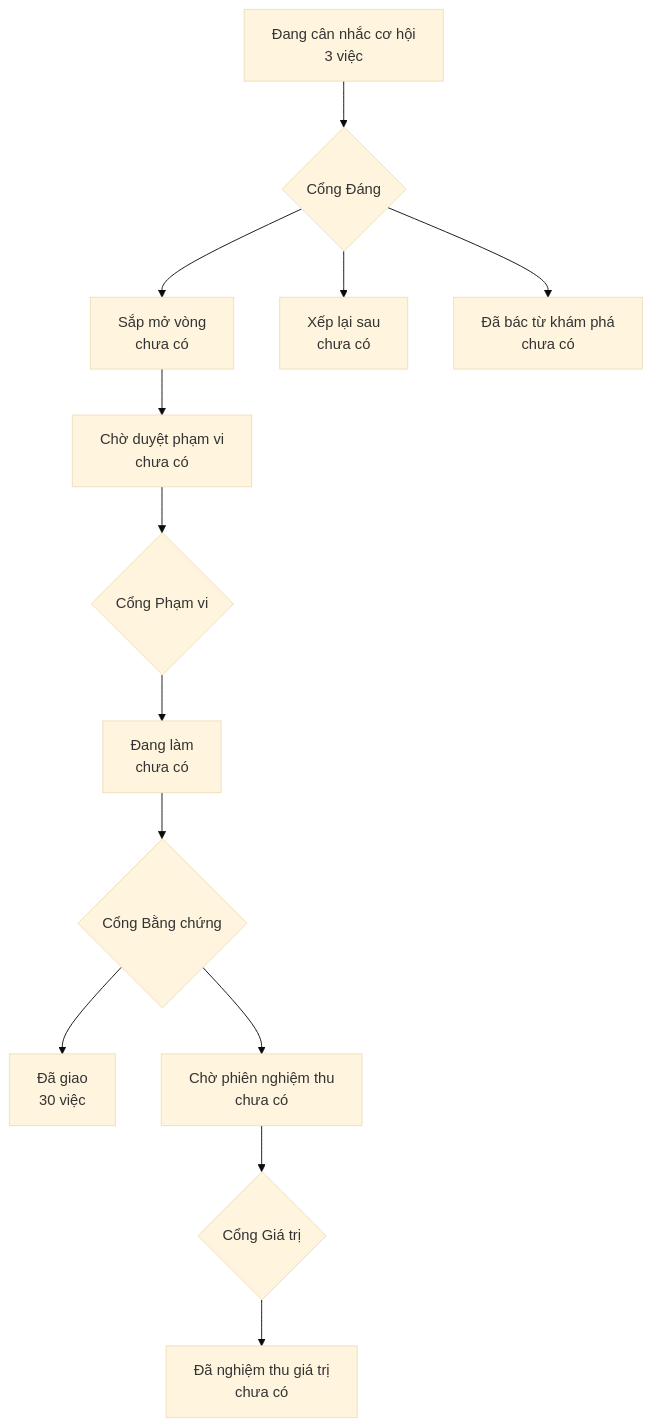
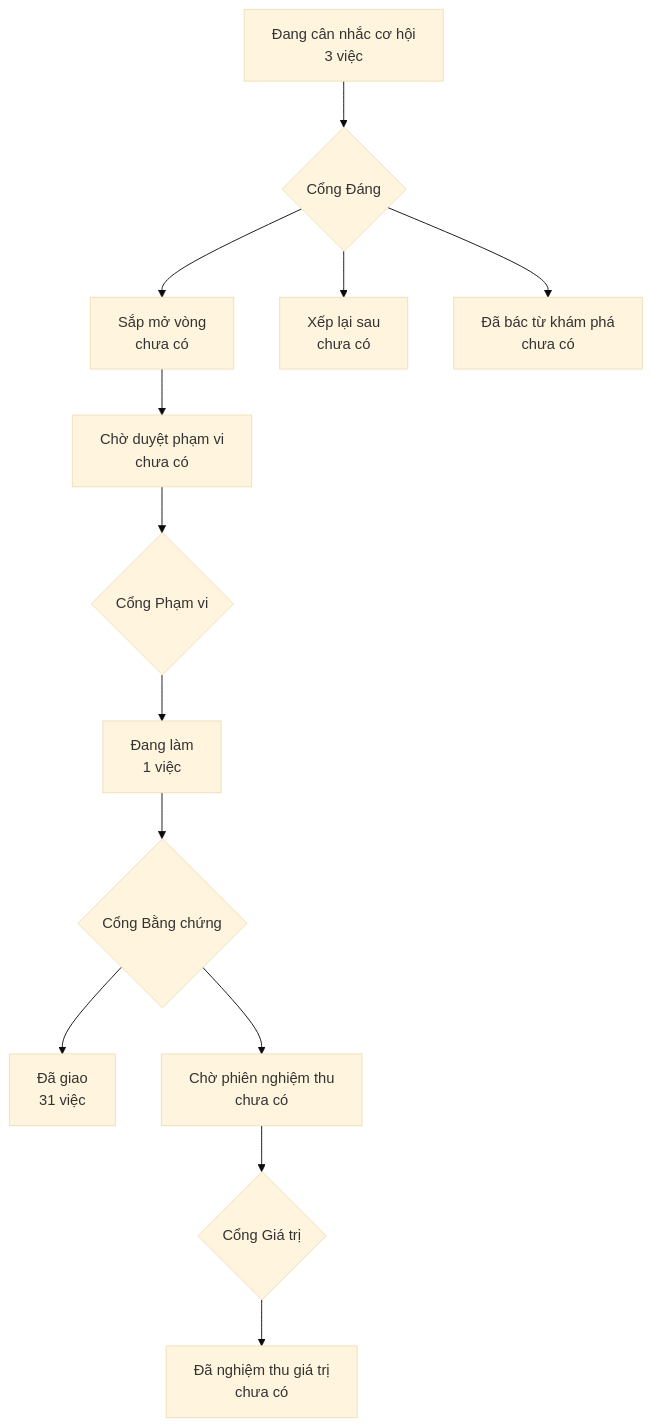
The diagram in PRODUCT-MAP.md (phanlemanh/OneFlow), drawn with Mermaid (base theme) before and after one commit. The commit also changed other lines of this file and 8 other files, not shown here.

````diff
--- a/PRODUCT-MAP.md
+++ b/PRODUCT-MAP.md
@@ -6,12 +6,12 @@
 ```mermaid
 flowchart TD
   A["Đang cân nhắc cơ hội<br/>3 việc"] --> GD{"Cổng Đáng"}
   GD --> B["Sắp mở vòng<br/>chưa có"]
   GD --> XL["Xếp lại sau<br/>chưa có"]
   GD --> DB["Đã bác từ khám phá<br/>chưa có"]
   B --> CD["Chờ duyệt phạm vi<br/>chưa có"] --> GP{"Cổng Phạm vi"}
-  GP --> DL["Đang làm<br/>chưa có"] --> GB{"Cổng Bằng chứng"}
-  GB --> DG["Đã giao<br/>30 việc"]
+  GP --> DL["Đang làm<br/>1 việc"] --> GB{"Cổng Bằng chứng"}
+  GB --> DG["Đã giao<br/>31 việc"]
   GB --> CN["Chờ phiên nghiệm thu<br/>chưa có"] --> GG{"Cổng Giá trị"}
   GG --> NT["Đã nghiệm thu giá trị<br/>chưa có"]
 ```
````
